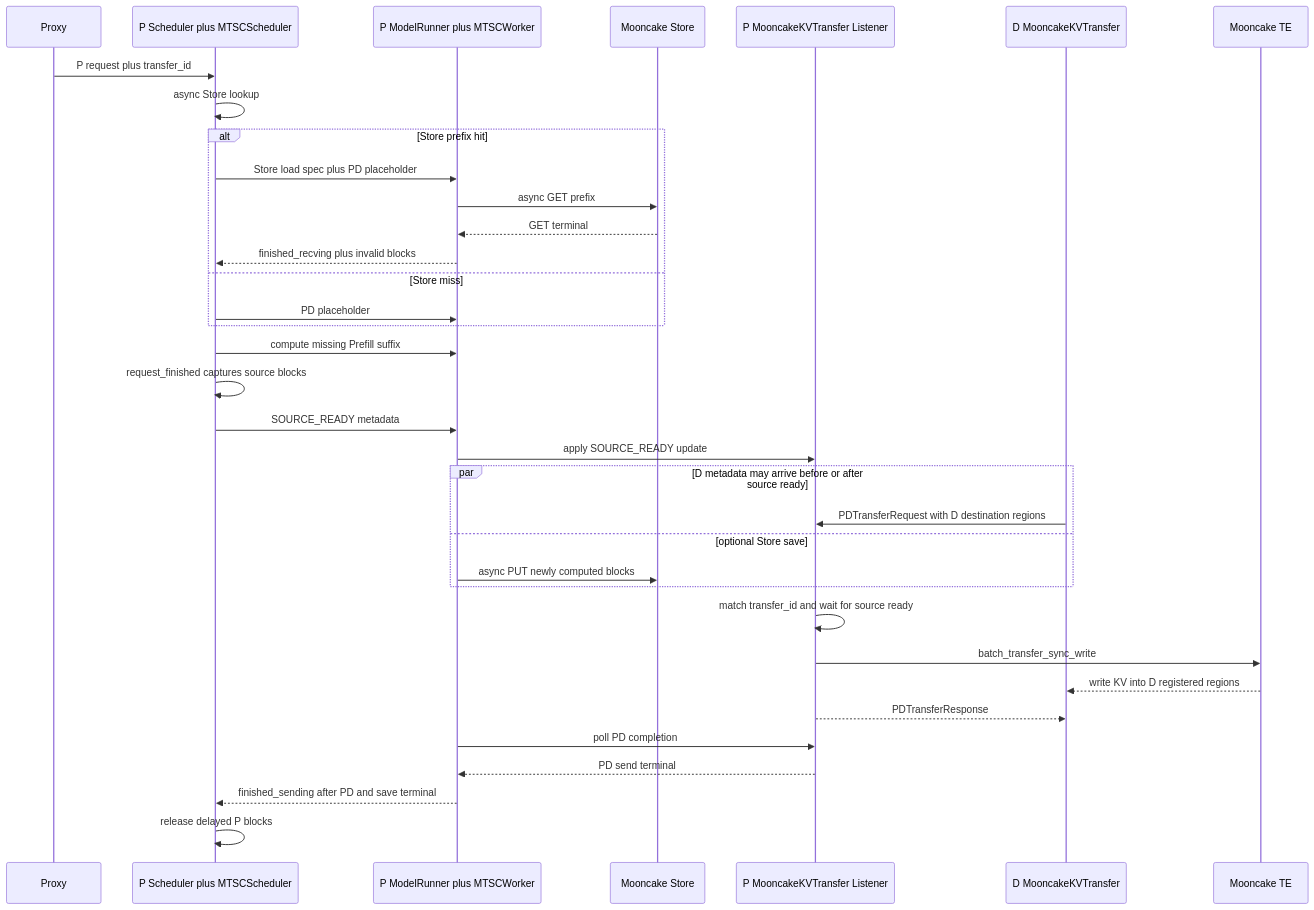
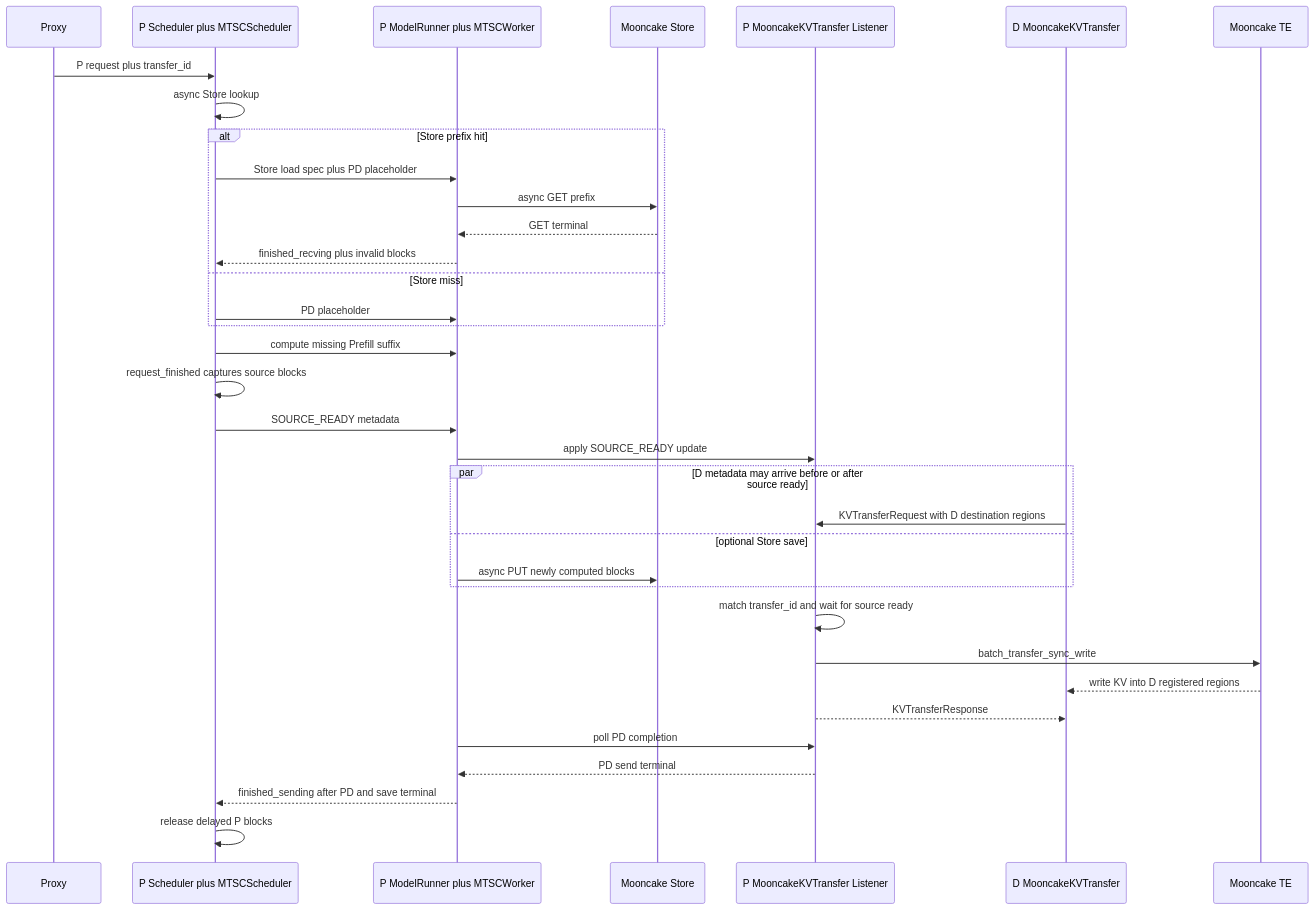
One commit to WangSu-X/MTSC changed the third of 4 diagrams in docs/design/S02-prefill设计.md. Above: the diagram before and after it, drawn with Mermaid. The commit also changed other lines of this file and 16 other files, not shown here.

````diff
--- a/docs/design/S02-prefill设计.md
+++ b/docs/design/S02-prefill设计.md
@@ -284,38 +287,38 @@
 ```mermaid
 sequenceDiagram
     participant X as Proxy
     participant S as P Scheduler plus MTSCScheduler
     participant W as P ModelRunner plus MTSCWorker
     participant ST as Mooncake Store
     participant PP as P MooncakeKVTransfer Listener
     participant DP as D MooncakeKVTransfer
     participant TE as Mooncake TE
 
     X->>S: P request plus transfer_id
     S->>S: async Store lookup
     alt Store prefix hit
         S->>W: Store load spec plus PD placeholder
         W->>ST: async GET prefix
         ST-->>W: GET terminal
         W-->>S: finished_recving plus invalid blocks
     else Store miss
         S->>W: PD placeholder
     end
     S->>W: compute missing Prefill suffix
     S->>S: request_finished captures source blocks
     S->>W: SOURCE_READY metadata
     W->>PP: apply SOURCE_READY update
     par D metadata may arrive before or after source ready
-        DP->>PP: PDTransferRequest with D destination regions
+        DP->>PP: KVTransferRequest with D destination regions
     and optional Store save
         W->>ST: async PUT newly computed blocks
     end
     PP->>PP: match transfer_id and wait for source ready
     PP->>TE: batch_transfer_sync_write
     TE-->>DP: write KV into D registered regions
-    PP-->>DP: PDTransferResponse
+    PP-->>DP: KVTransferResponse
     W->>PP: poll PD completion
     PP-->>W: PD send terminal
     W-->>S: finished_sending after PD and save terminal
     S->>S: release delayed P blocks
 ```
````
